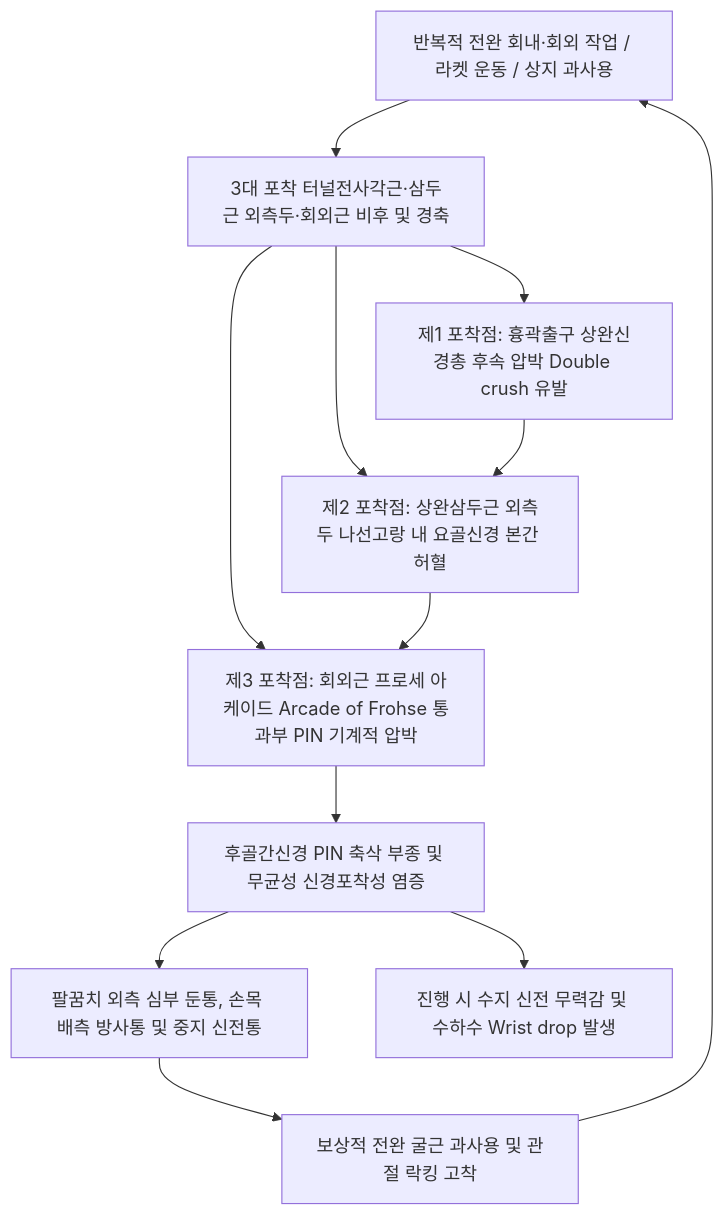
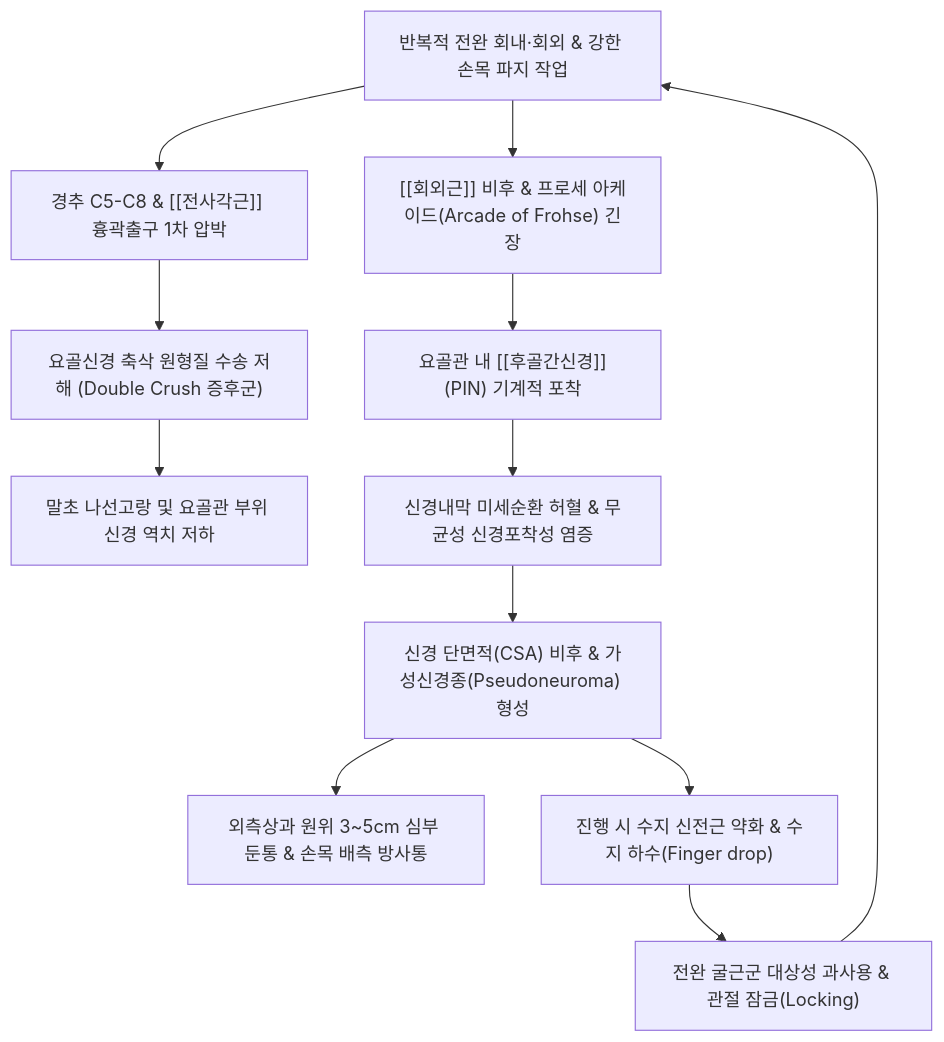
The diagram in content/3. 이론 공부/질환/근골격계 질환/상지/요골신경 포착.md (simbio11/simbio-digital-garden2), drawn with Mermaid before and after one commit. The commit also changed other lines of this file and 350 other files, not shown here.

````diff
--- a/content/3. 이론 공부/질환/근골격계 질환/상지/요골신경 포착.md
+++ b/content/3. 이론 공부/질환/근골격계 질환/상지/요골신경 포착.md
@@ -50,14 +159,14 @@
 ```mermaid
 graph TD
-    A[반복적 전완 회내·회외 작업 / 라켓 운동 / 상지 과사용] --> B[3대 포착 터널전사각근·삼두근 외측두·회외근 비후 및 경축]
-    B --> C[제1 포착점: 흉곽출구 상완신경총 후속 압박 Double crush 유발]
-    B --> D[제2 포착점: 상완삼두근 외측두 나선고랑 내 요골신경 본간 허혈]
-    B --> E[제3 포착점: 회외근 프로세 아케이드 Arcade of Frohse 통과부 PIN 기계적 압박]
-    C --> D
-    D --> E
-    E --> F[후골간신경 PIN 축삭 부종 및 무균성 신경포착성 염증]
-    F --> G[팔꿈치 외측 심부 둔통, 손목 배측 방사통 및 중지 신전통]
-    F --> H[진행 시 수지 신전 무력감 및 수하수 Wrist drop 발생]
-    G --> I[보상적 전완 굴근 과사용 및 관절 락킹 고착]
-    I --> A
+    Workload["반복적 전완 회내·회외 & 강한 손목 파지 작업"] --> ProximalComp["경추 C5-C8 & [[전사각근]] 흉곽출구 1차 압박"]
+    ProximalComp --> AxoplasmicBlock["요골신경 축삭 원형질 수송 저해 (Double Crush 증후군)"]
+    AxoplasmicBlock --> DistalVulnerability["말초 나선고랑 및 요골관 부위 신경 역치 저하"]
+    Workload --> TunnelNarrow["[[회외근]] 비후 & 프로세 아케이드(Arcade of Frohse) 긴장"]
+    TunnelNarrow --> PINEntrapment["요골관 내 [[후골간신경]](PIN) 기계적 포착"]
+    PINEntrapment --> Microischemia["신경내막 미세순환 허혈 & 무균성 신경포착성 염증"]
+    Microischemia --> EdemaNeuroma["신경 단면적(CSA) 비후 & 가성신경종(Pseudoneuroma) 형성"]
+    EdemaNeuroma --> DeepPain["외측상과 원위 3~5cm 심부 둔통 & 손목 배측 방사통"]
+    EdemaNeuroma --> MotorParesis["진행 시 수지 신전근 약화 & 수지 하수(Finger drop)"]
+    MotorParesis --> MuscleImbalance["전완 굴근군 대상성 과사용 & 관절 잠금(Locking)"]
+    MuscleImbalance --> Workload
 ```
````
